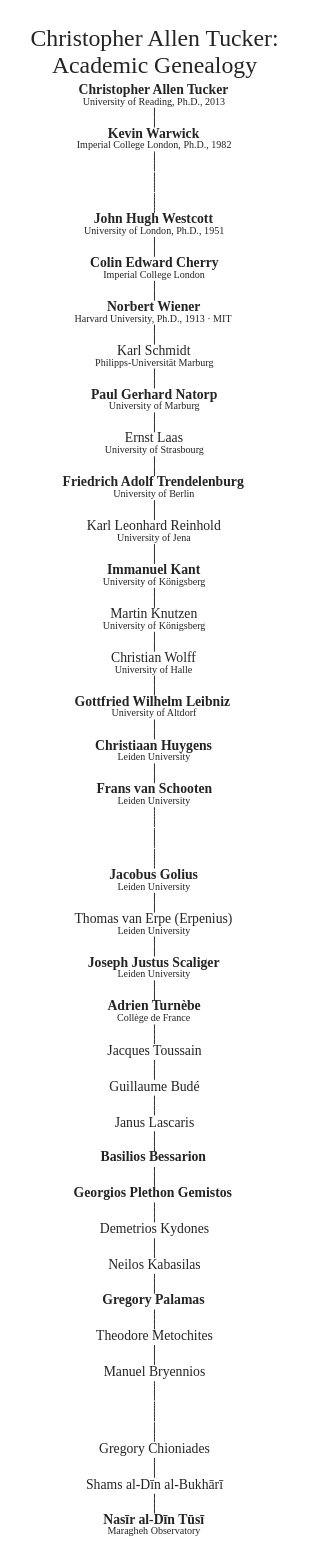
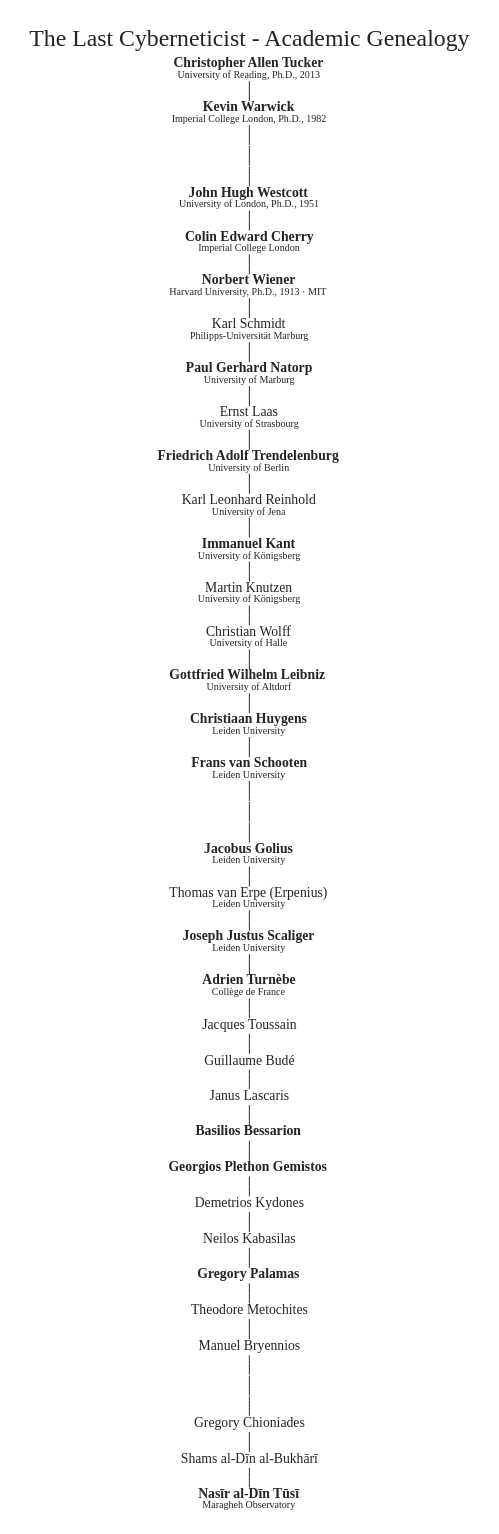
One commit to pub-n-dub/the-last-cyberneticist changed the diagram in episodes/ep-09/paid-artifact/christopher-tucker-substack-genealogy.dot. Above: the diagram before and after it, drawn with Graphviz. The commit also changed 6 other files, not shown here.

```diff
--- a/episodes/ep-09/paid-artifact/christopher-tucker-substack-genealogy.dot
+++ b/episodes/ep-09/paid-artifact/christopher-tucker-substack-genealogy.dot
@@ -1,123 +1,123 @@
 digraph substack_academic_genealogy {
   graph [
     rankdir=TB,
     bgcolor="white",
     margin=0.55,
     pad=0.25,
     nodesep=1.05,
     ranksep=0.30,
     splines=ortho,
     labelloc="t",
     labeljust="c",
     fontname="Liberation Serif",
     fontsize=26,
     fontcolor="#242424",
-    label="Christopher Allen Tucker:\nAcademic Genealogy"
+    label="The Last Cyberneticist - Academic Genealogy"
   ];
 
   node [
     shape=plain,
     fontname="Liberation Serif",
     fontsize=15,
     fontcolor="#242424"
   ];
 
   edge [
     dir=none,
     color="#242424",
     penwidth=1.05
   ];
 
   tucker [label=<<B>Christopher Allen Tucker</B><BR/><FONT POINT-SIZE="11">University of Reading, Ph.D., 2013</FONT>>];
   warwick [label=<<B>Kevin Warwick</B><BR/><FONT POINT-SIZE="11">Imperial College London, Ph.D., 1982</FONT>>];
   westcott [group="left", label=<<B>John Hugh Westcott</B><BR/><FONT POINT-SIZE="11">University of London, Ph.D., 1951</FONT>>];
   cherry [group="right", label=<<B>Colin Edward Cherry</B><BR/><FONT POINT-SIZE="11">Imperial College London</FONT>>];
   wiener [group="left", label=<<B>Norbert Wiener</B><BR/><FONT POINT-SIZE="11">Harvard University, Ph.D., 1913 · MIT</FONT>>];
   schmidt [group="left", label=<Karl Schmidt<BR/><FONT POINT-SIZE="11">Philipps-Universität Marburg</FONT>>];
   natorp [group="left", label=<<B>Paul Gerhard Natorp</B><BR/><FONT POINT-SIZE="11">University of Marburg</FONT>>];
   laas [group="left", label=<Ernst Laas<BR/><FONT POINT-SIZE="11">University of Strasbourg</FONT>>];
   trendelenburg [group="left", label=<<B>Friedrich Adolf Trendelenburg</B><BR/><FONT POINT-SIZE="11">University of Berlin</FONT>>];
   reinhold [group="right", label=<Karl Leonhard Reinhold<BR/><FONT POINT-SIZE="11">University of Jena</FONT>>];
   kant [group="right", label=<<B>Immanuel Kant</B><BR/><FONT POINT-SIZE="11">University of Königsberg</FONT>>];
   knutzen [group="right", label=<Martin Knutzen<BR/><FONT POINT-SIZE="11">University of Königsberg</FONT>>];
   wolff [group="right", label=<Christian Wolff<BR/><FONT POINT-SIZE="11">University of Halle</FONT>>];
   leibniz [group="right", label=<<B>Gottfried Wilhelm Leibniz</B><BR/><FONT POINT-SIZE="11">University of Altdorf</FONT>>];
   huygens [group="left", label=<<B>Christiaan Huygens</B><BR/><FONT POINT-SIZE="11">Leiden University</FONT>>];
   schoote [group="left", label=<<B>Frans van Schooten</B><BR/><FONT POINT-SIZE="11">Leiden University</FONT>>];
   golius [group="left", label=<<B>Jacobus Golius</B><BR/><FONT POINT-SIZE="11">Leiden University</FONT>>];
   erpenius [group="left", label=<Thomas van Erpe (Erpenius)<BR/><FONT POINT-SIZE="11">Leiden University</FONT>>];
   scaliger [group="left", label=<<B>Joseph Justus Scaliger</B><BR/><FONT POINT-SIZE="11">Leiden University</FONT>>];
   turnebe [group="right", label=<<B>Adrien Turnèbe</B><BR/><FONT POINT-SIZE="11">Collège de France</FONT>>];
   toussain [label="Jacques Toussain"];
   bude [label="Guillaume Budé"];
   lascaris [label="Janus Lascaris"];
   bessarion [group="right", label=<<B>Basilios Bessarion</B>>];
   pletho [group="left", label=<<B>Georgios Plethon Gemistos</B>>];
   kydones [group="left", label="Demetrios Kydones"];
   kabasilas [group="left", label="Neilos Kabasilas"];
   palamas [group="left", label=<<B>Gregory Palamas</B>>];
   metochites [group="left", label="Theodore Metochites"];
   bryennios [group="left", label="Manuel Bryennios"];
   chioniades [group="right", label="Gregory Chioniades"];
   bukhari [group="right", label="Shams al-Dīn al-Bukhārī"];
   tusi [group="right", label=<<B>Nasīr al-Dīn Tūsī</B><BR/><FONT POINT-SIZE="11">Maragheh Observatory</FONT>>];
   crossover_bottom [shape=point, width=0.01, height=0.01, label="", style=invis];
   crossover_top [shape=point, width=0.01, height=0.01, label="", style=invis];
   warwick_elbow_out [shape=point, width=0.01, height=0.01, label="", style=invis];
   warwick_elbow_in [shape=point, width=0.01, height=0.01, label="", style=invis];
   bryennios_elbow_out [shape=point, width=0.01, height=0.01, label="", style=invis];
   bryennios_elbow_in [shape=point, width=0.01, height=0.01, label="", style=invis];
 
   tucker [pos="420,1850!"];
   warwick [pos="420,1780!"];
 
   westcott [pos="200,1650!"];
   cherry [pos="200,1580!"];
   wiener [pos="200,1510!"];
   schmidt [pos="200,1440!"];
   natorp [pos="200,1370!"];
   laas [pos="200,1300!"];
   trendelenburg [pos="200,1230!"];
   reinhold [pos="200,1160!"];
   kant [pos="200,1090!"];
   knutzen [pos="200,1020!"];
   wolff [pos="200,950!"];
   leibniz [pos="200,880!"];
   huygens [pos="200,810!"];
   schoote [pos="200,740!"];
 
   golius [pos="640,1650!"];
   erpenius [pos="640,1580!"];
   scaliger [pos="640,1510!"];
   turnebe [pos="640,1440!"];
   toussain [pos="640,1370!"];
   bude [pos="640,1300!"];
   lascaris [pos="640,1230!"];
   bessarion [pos="640,1160!"];
   pletho [pos="640,1090!"];
   kydones [pos="640,1020!"];
   kabasilas [pos="640,950!"];
   palamas [pos="640,880!"];
   metochites [pos="640,810!"];
   bryennios [pos="640,740!"];
 
   chioniades [pos="420,560!"];
   bukhari [pos="420,490!"];
   tusi [pos="420,420!"];
   crossover_bottom [pos="520,740!"];
   crossover_top [pos="520,1650!"];
   warwick_elbow_out [pos="420,1710!"];
   warwick_elbow_in [pos="200,1710!"];
   bryennios_elbow_out [pos="640,670!"];
   bryennios_elbow_in [pos="420,670!"];
 
   tucker -> warwick;
   warwick:s -> warwick_elbow_out -> warwick_elbow_in -> westcott:n;
   westcott -> cherry;
   cherry -> wiener;
   wiener -> schmidt -> natorp -> laas -> trendelenburg -> reinhold -> kant -> knutzen -> wolff -> leibniz -> huygens -> schoote;
   schoote -> crossover_bottom -> crossover_top -> golius -> erpenius -> scaliger -> turnebe -> toussain -> bude -> lascaris -> bessarion -> pletho -> kydones -> kabasilas -> palamas -> metochites -> bryennios;
   bryennios:s -> bryennios_elbow_out -> bryennios_elbow_in -> chioniades:n;
   chioniades -> bukhari -> tusi;
 
 }
```
